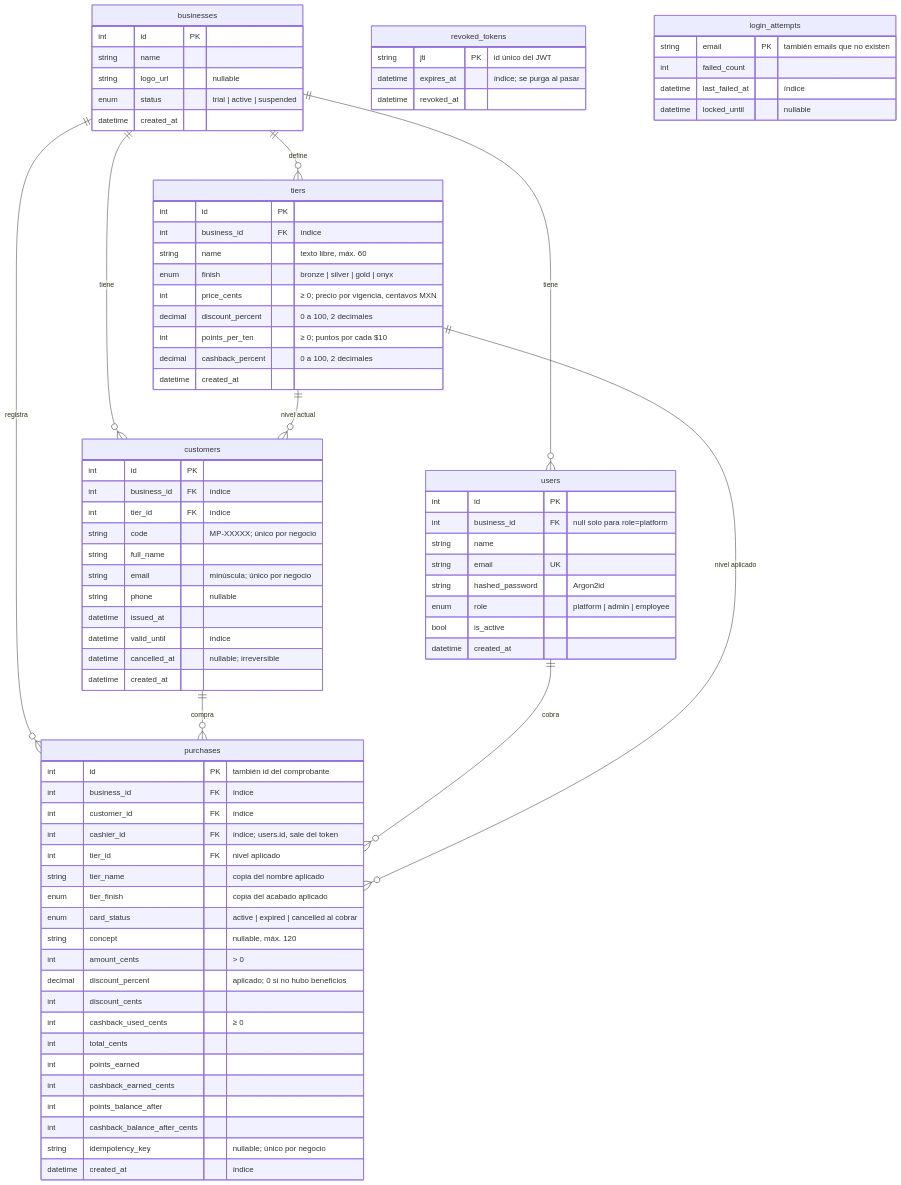
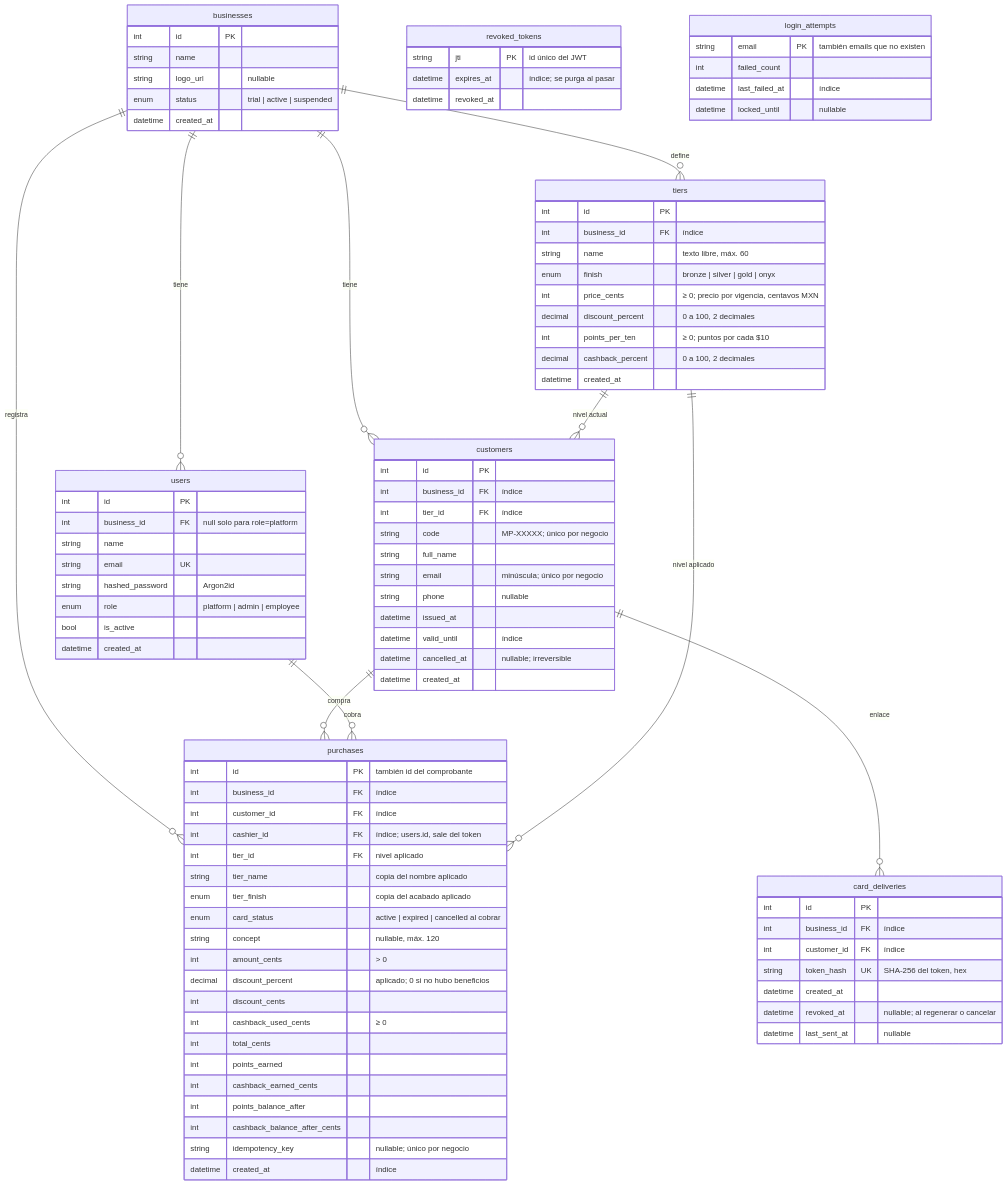
Before and after one commit to AGA-Studio/Member-Web: the third of 13 diagrams in docs/ARCHITECTURE.md, drawn with Mermaid. The commit also changed other lines of this file and 1 other file, not shown here.

Commit message:
docs: documentar el enlace a la tarjeta digital

```diff
--- a/docs/ARCHITECTURE.md
+++ b/docs/ARCHITECTURE.md
@@ -114,6 +119,7 @@
     customers ||--o{ purchases : "compra"
     users ||--o{ purchases : "cobra"
     tiers ||--o{ purchases : "nivel aplicado"
+    customers ||--o{ card_deliveries : "enlace"
 
     businesses {
         int id PK
@@ -183,6 +189,16 @@
         datetime created_at
     }
 
+    card_deliveries {
+        int id PK
+        int business_id FK "índice"
+        int customer_id FK "índice"
+        string token_hash UK "SHA-256 del token, hex"
+        datetime created_at
+        datetime revoked_at "nullable; al regenerar o cancelar"
+        datetime last_sent_at "nullable"
+    }
+
     revoked_tokens {
         string jti PK "id único del JWT"
         datetime expires_at "índice; se purga al pasar"
```
